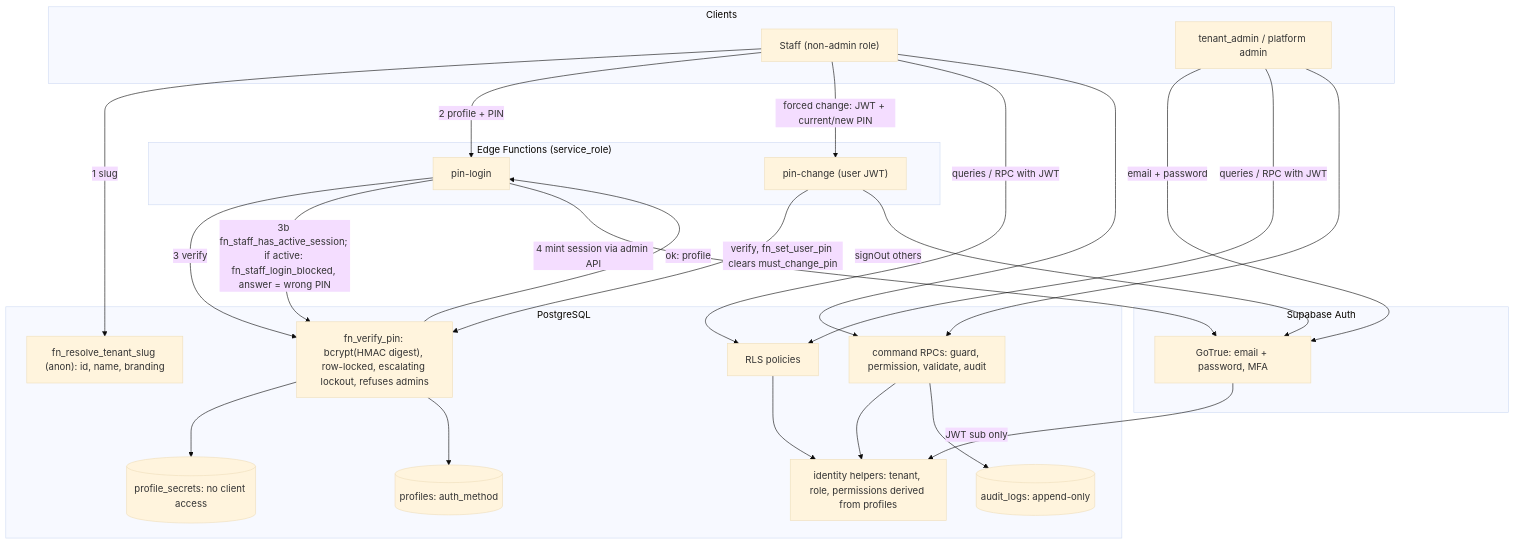
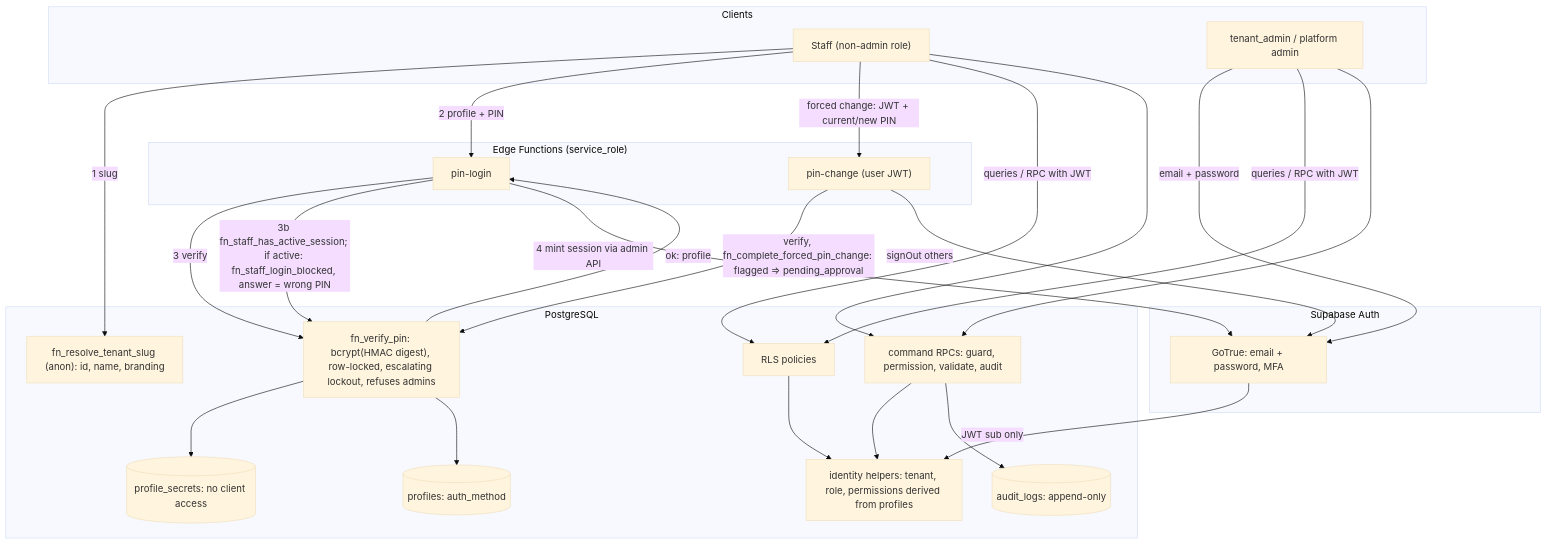
Before and after one commit to eskabdi/cafe-os: the second of 3 diagrams in docs/architecture/dfd.md, drawn with Mermaid (base theme). The commit also changed other lines of this file and 6 other files, not shown here.

First line of the commit message:
WIP: PIN-change approval backend (unverified, agent still working)

````diff
--- a/docs/architecture/dfd.md
+++ b/docs/architecture/dfd.md
@@ -27,44 +27,44 @@
 ```mermaid
 flowchart TD
     subgraph Clients
         A["Staff (non-admin role)"]
         B["tenant_admin / platform admin"]
     end
     subgraph Edge["Edge Functions (service_role)"]
         P["pin-login"]
         PC["pin-change (user JWT)"]
     end
     subgraph Auth["Supabase Auth"]
         GT["GoTrue: email + password, MFA"]
     end
     subgraph DB["PostgreSQL"]
         R["fn_resolve_tenant_slug (anon): id, name, branding"]
         V["fn_verify_pin: bcrypt(HMAC digest), row-locked, escalating lockout, refuses admins"]
         S[("profile_secrets: no client access")]
         PR[("profiles: auth_method")]
         H["identity helpers: tenant, role, permissions derived from profiles"]
         RLS["RLS policies"]
         RPC["command RPCs: guard, permission, validate, audit"]
         AU[("audit_logs: append-only")]
     end
     A -->|1 slug| R
     A -->|2 profile + PIN| P
     P -->|3 verify| V
     V --> S
     V --> PR
     V -->|ok: profile| P
     P -->|3b fn_staff_has_active_session; if active: fn_staff_login_blocked, answer = wrong PIN| V
     P -->|4 mint session via admin API| GT
     A -->|forced change: JWT + current/new PIN| PC
-    PC -->|verify, fn_set_user_pin clears must_change_pin| V
+    PC -->|verify, fn_complete_forced_pin_change: flagged => pending_approval| V
     PC -->|signOut others| GT
     B -->|email + password| GT
     GT -->|JWT sub only| H
     A -->|queries / RPC with JWT| RLS
     B -->|queries / RPC with JWT| RLS
     RLS --> H
     A --> RPC
     B --> RPC
     RPC --> H
     RPC --> AU
 ```
````
